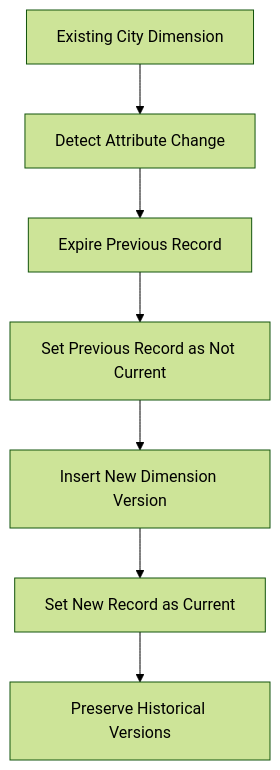
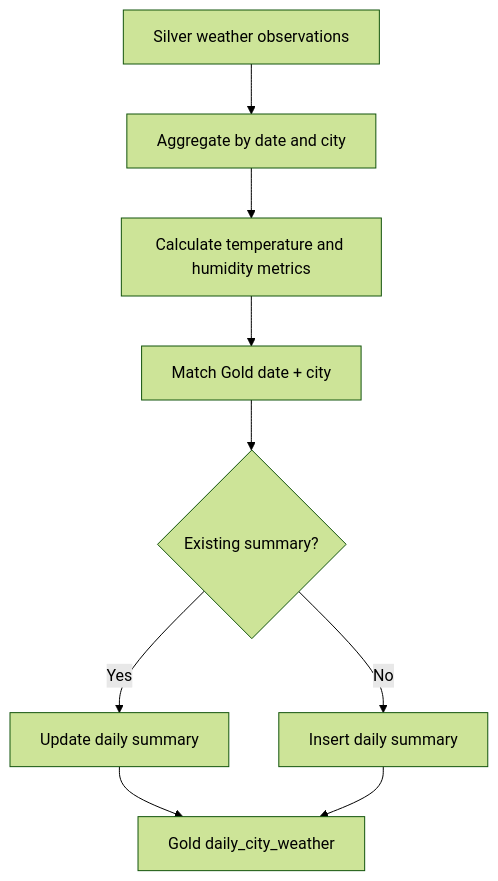
Before and after one commit to cloudwithpavan/AtmosData: the fifth of 7 diagrams in README.md, drawn with Mermaid (forest theme). The commit also changed other lines of this file, not shown here.

````diff
--- a/README.md
+++ b/README.md
@@ -256,9 +313,11 @@
 ```mermaid
 flowchart TD
-    A["Existing City Dimension"] --> B["Detect Attribute Change"]
-    B --> C["Expire Previous Record"]
-    C --> D["Set Previous Record as Not Current"]
-    D --> E["Insert New Dimension Version"]
-    E --> F["Set New Record as Current"]
-    F --> G["Preserve Historical Versions"]
+    A["Silver weather observations"] --> B["Aggregate by date and city"]
+    B --> C["Calculate temperature and humidity metrics"]
+    C --> D["Match Gold date + city"]
+    D --> E{"Existing summary?"}
+    E -->|"Yes"| F["Update daily summary"]
+    E -->|"No"| G["Insert daily summary"]
+    F --> H["Gold daily_city_weather"]
+    G --> H
 ```
````
